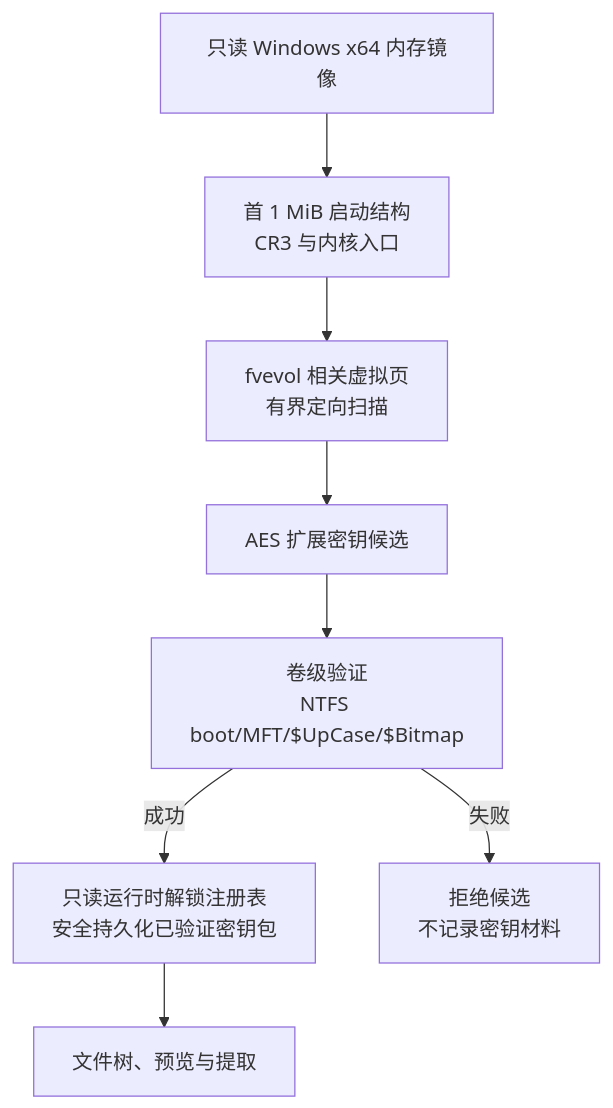
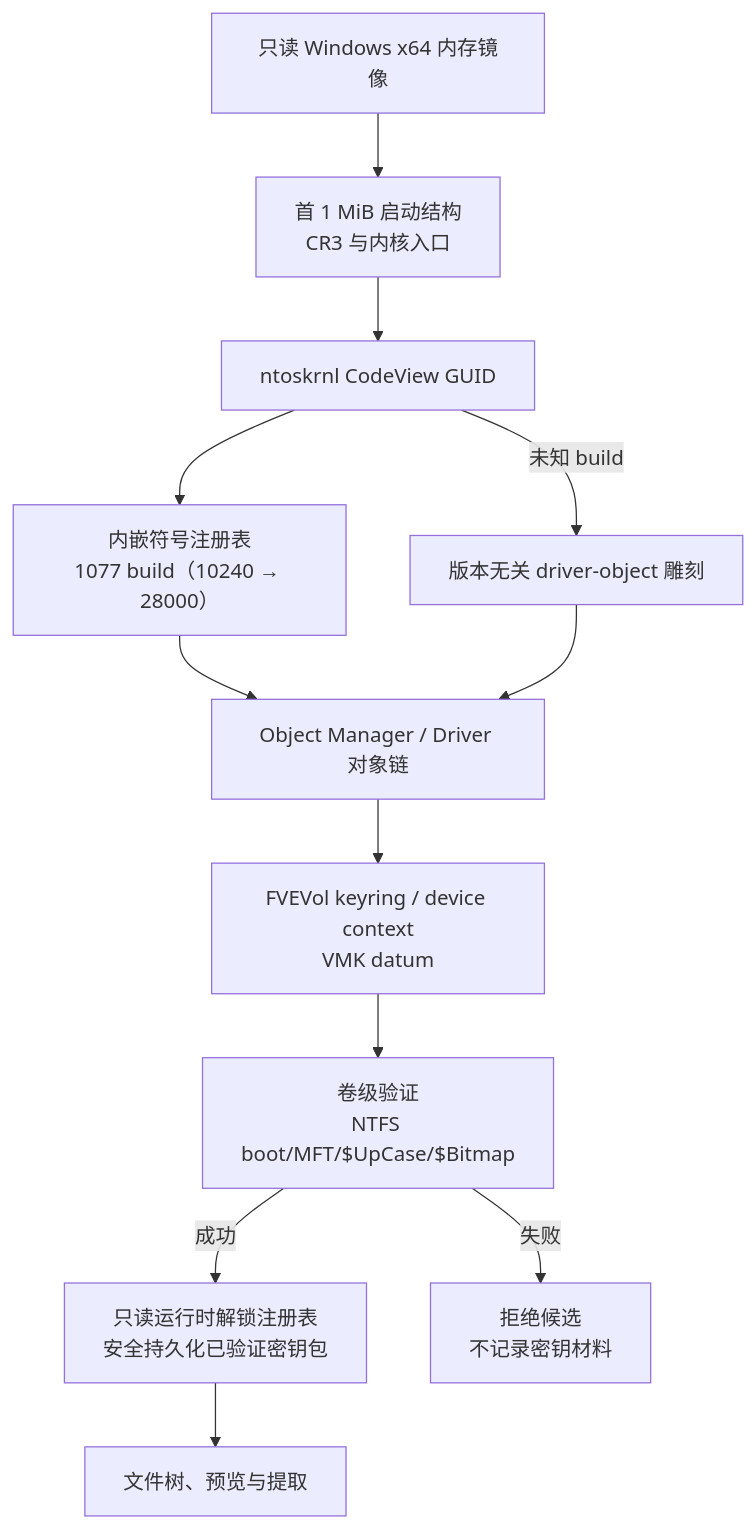
Before and after one commit to lQ-A-Ql/meow-detective: the fifth of 5 diagrams in README.md, drawn with Mermaid. The commit also changed other lines of this file and 6 other files, not shown here.

````diff
--- a/README.md
+++ b/README.md
@@ -167,10 +167,14 @@
 ```mermaid
 flowchart TD
     MEM["只读 Windows x64 内存镜像"] --> BOOT["首 1 MiB 启动结构\nCR3 与内核入口"]
-    BOOT --> SCAN["fvevol 相关虚拟页\n有界定向扫描"]
-    SCAN --> KEY["AES 扩展密钥候选"]
+    BOOT --> GUID["ntoskrnl CodeView GUID"]
+    GUID --> REG["内嵌符号注册表\n1077 build（10240 → 28000）"]
+    GUID -->|"未知 build"| CARVE["版本无关 driver-object 雕刻"]
+    REG --> OBJ["Object Manager / Driver 对象链"]
+    CARVE --> OBJ
+    OBJ --> KEY["FVEVol keyring / device context\nVMK datum"]
     KEY --> VERIFY["卷级验证\nNTFS boot/MFT/$UpCase/$Bitmap"]
     VERIFY -->|"成功"| RUNTIME["只读运行时解锁注册表\n安全持久化已验证密钥包"]
     VERIFY -->|"失败"| REJECT["拒绝候选\n不记录密钥材料"]
     RUNTIME --> PREVIEW["文件树、预览与提取"]
 ```
````
